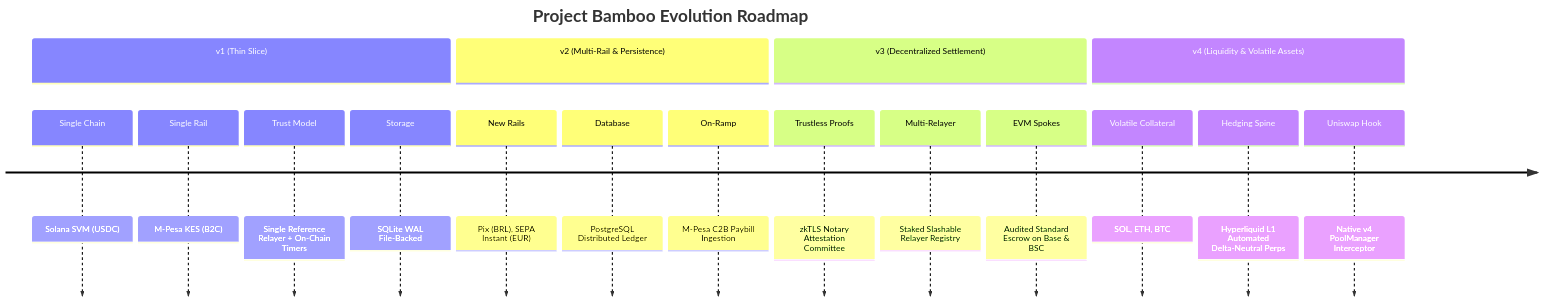
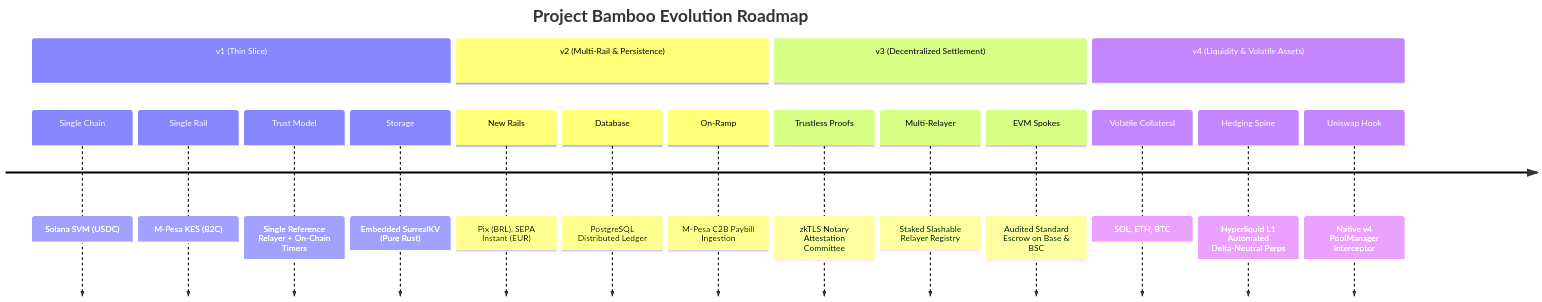
The second of 2 diagrams in docs/plan/00-overview.md (alikulaOwen/bamboo), drawn with Mermaid before and after one commit. The commit also changed other lines of this file and 17 other files, not shown here.

````diff
--- a/docs/plan/00-overview.md
+++ b/docs/plan/00-overview.md
@@ -127,21 +127,21 @@
 ```mermaid
 timeline
     title Project Bamboo Evolution Roadmap
     section v1 (Thin Slice)
         Single Chain : Solana SVM (USDC)
         Single Rail : M-Pesa KES (B2C)
         Trust Model : Single Reference Relayer + On-Chain Timers
-        Storage : SQLite WAL File-Backed
+        Storage : Embedded SurrealKV (Pure Rust)
     section v2 (Multi-Rail & Persistence)
         New Rails : Pix (BRL), SEPA Instant (EUR)
         Database : PostgreSQL Distributed Ledger
         On-Ramp : M-Pesa C2B Paybill Ingestion
     section v3 (Decentralized Settlement)
         Trustless Proofs : zkTLS Notary Attestation Committee
         Multi-Relayer : Staked Slashable Relayer Registry
         EVM Spokes : Audited Standard Escrow on Base & BSC
     section v4 (Liquidity & Volatile Assets)
         Volatile Collateral : SOL, ETH, BTC
         Hedging Spine : Hyperliquid L1 Automated Delta-Neutral Perps
         Uniswap Hook : Native v4 PoolManager Interceptor
 ```
````
